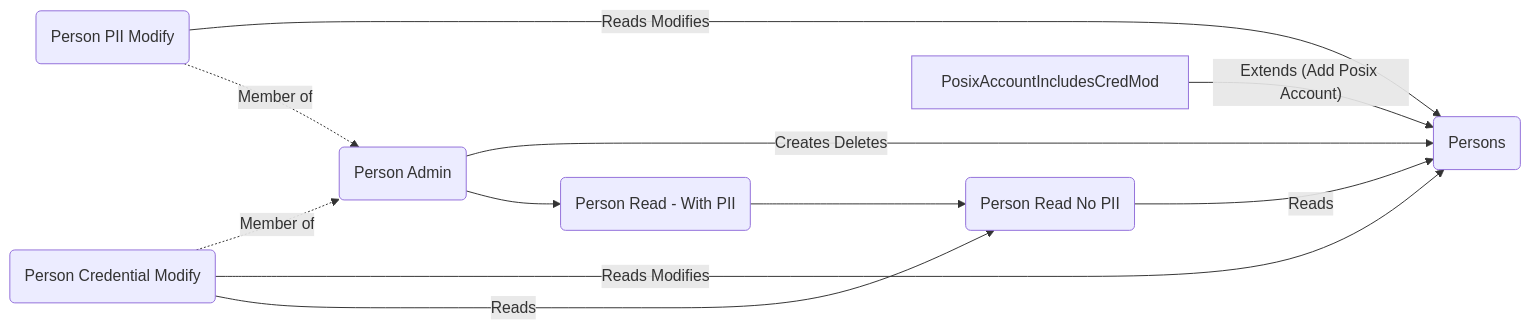
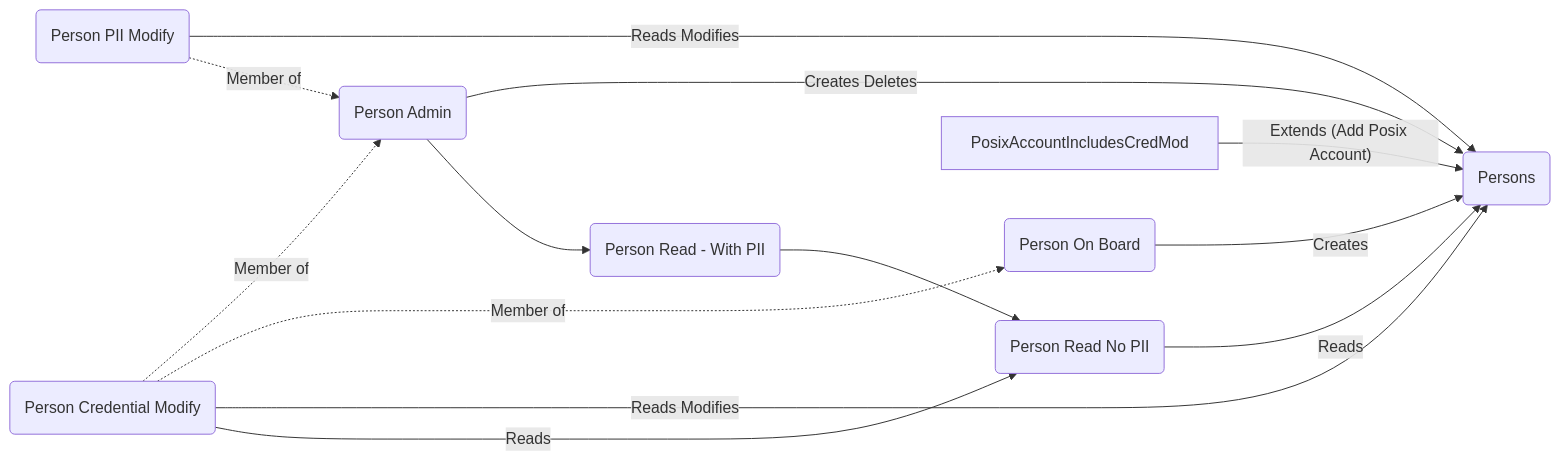
One commit to kanidm/kanidm changed the sixth of 12 diagrams in book/src/developers/designs/access_control_defaults.md. Above: the diagram before and after it, drawn with Mermaid.

Commit message:
Add person onboarding role

````diff
--- a/book/src/developers/designs/access_control_defaults.md
+++ b/book/src/developers/designs/access_control_defaults.md
@@ -86,14 +86,16 @@
 ```mermaid
 graph LR
 
+PersonOnBoard("Person On Board") --> |"Creates"| Persons("Persons")
 PersonAdmin("Person Admin") --> |"Creates Deletes"| Persons("Persons")
 PersonPIIModify --> |"Reads Modifies"| Persons
 PersonPIIModify("Person PII Modify") -.-> |"Member of"| PersonAdmin
 PersonCredentialModify("Person Credential Modify") -.-> |"Member of"| PersonAdmin
+PersonCredentialModify("Person Credential Modify") -.-> |"Member of"| PersonOnBoard
 PersonCredentialModify --> |"Reads Modifies"| Persons
 PersonCredentialModify --> |"Reads"| PersonReadNoPII("Person Read No PII")
 PersonAdmin --> PersonReadWithPII("Person Read - With PII")
 PersonReadWithPII --> PersonReadNoPII
 PersonReadNoPII --> |"Reads"| Persons
 PosixAccountIncludesCredMod --> |"Extends (Add Posix Account)"| Persons
 ```
````
